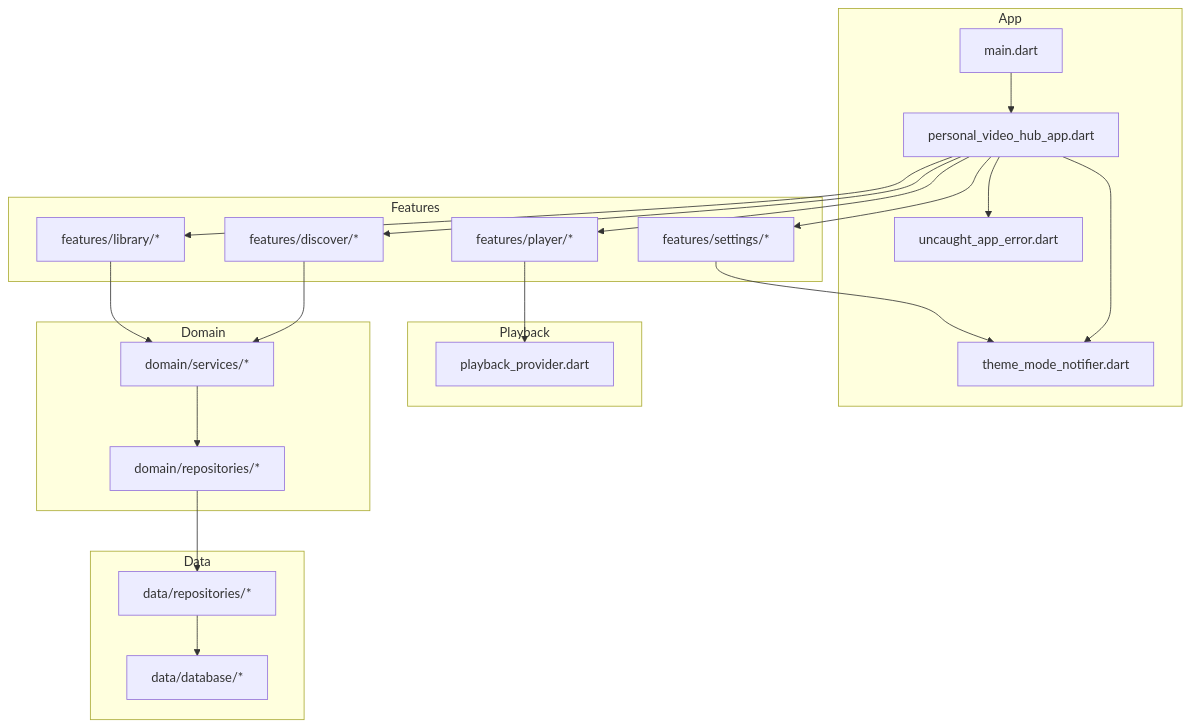
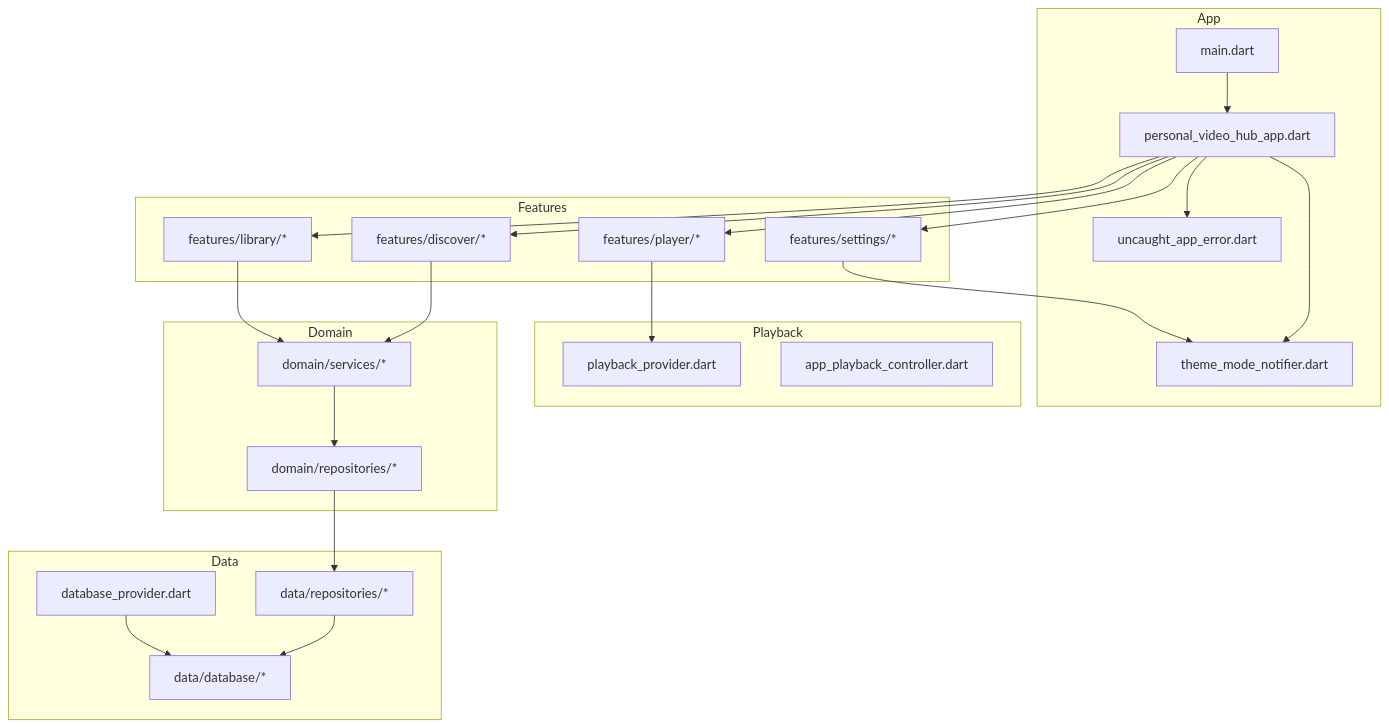
The first of 8 diagrams in .qoder/repowiki/en/content/Architecture Overview/State Management with Riverpod.md (Rana76-u/mytube), drawn with Mermaid before and after one commit. The commit also changed other lines of this file and 62 other files, not shown here.

````diff
--- a/.qoder/repowiki/en/content/Architecture Overview/State Management with Riverpod.md
+++ b/.qoder/repowiki/en/content/Architecture Overview/State Management with Riverpod.md
@@ -37,40 +47,43 @@
 ```mermaid
 graph TB
 subgraph "App"
 A_main["main.dart"]
 A_root["personal_video_hub_app.dart"]
 A_theme["theme_mode_notifier.dart"]
 A_errors["uncaught_app_error.dart"]
 end
 subgraph "Playback"
 P_ctrl["playback_provider.dart"]
+P_impl["app_playback_controller.dart"]
 end
 subgraph "Domain"
 D_services["domain/services/*"]
 D_repos["domain/repositories/*"]
 end
 subgraph "Data"
 D_repo_impl["data/repositories/*"]
 D_db["data/database/*"]
+D_db_prov["database_provider.dart"]
 end
 subgraph "Features"
 F_discover["features/discover/*"]
 F_library["features/library/*"]
 F_player["features/player/*"]
 F_settings["features/settings/*"]
 end
 A_main --> A_root
 A_root --> A_theme
 A_root --> A_errors
 A_root --> F_discover
 A_root --> F_library
 A_root --> F_player
 A_root --> F_settings
 F_discover --> D_services
 F_library --> D_services
 F_player --> P_ctrl
 F_settings --> A_theme
 D_services --> D_repos
 D_repos --> D_repo_impl
 D_repo_impl --> D_db
+D_db_prov --> D_db
 ```
````
